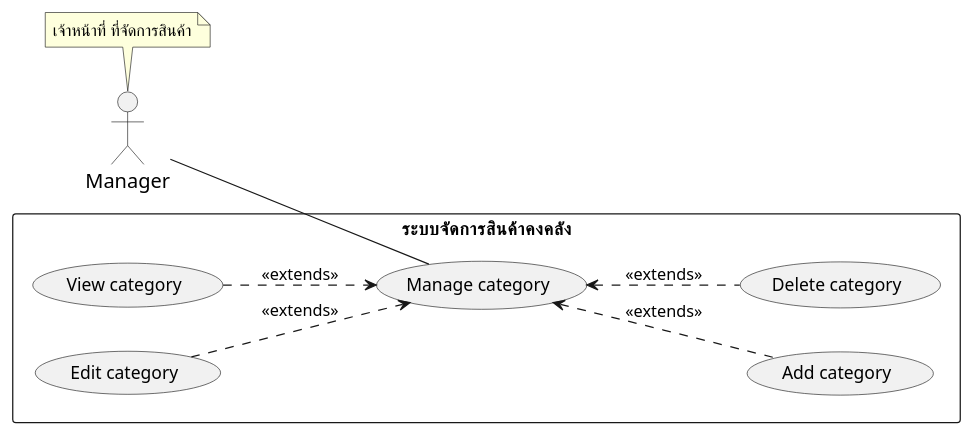
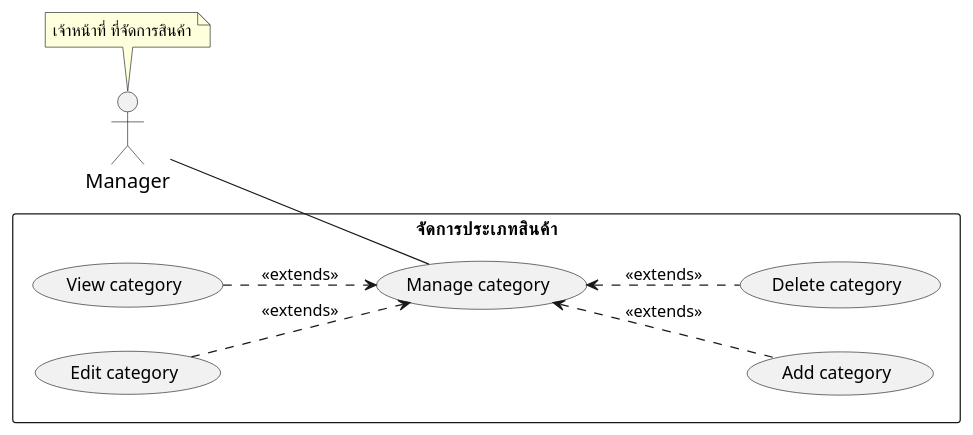
The diagram in system-analysis/usecase/_3_usecase-category.puml (billowdev/inventory-system-plantuml-sequelize-seeder-example), drawn with PlantUML before and after one commit. The commit also changed 2 other files, not shown here.

Commit message:
extract usecase category

```diff
--- a/system-analysis/usecase/_3_usecase-category.puml
+++ b/system-analysis/usecase/_3_usecase-category.puml
@@ -1,53 +1,51 @@
 @startuml
 'https://plantuml.com/usecase-diagram
 left to right direction
 skinparam sequence {
     ParticipantFontName Thai
     ParticipantFontSize 16
     ActorFontSize 16
     ActorFontName Thai
 }
 'skinparam linetype polyline
 'skinparam linetype ortho
 
 skinparam Participant{
     FontColor #efefef
     BorderColor #c0c0c0
 }
 skinparam Sequence{
     ParticipantBorderThickness .5
     LifeLineBorderColor #8a8a8a
 }
 
-' =================== Manager ===================
-' role - เจ้าหน้าที่ ที่จัดการสินค้า ให้คงคลังสินค้าอยู่เสมอ
-' duty - บริหารจัดการ stock สินค้า ทั้งการจำหน่ายออก และการรับสินค้ารวมถึงการ
-' ออกใบสั่งของ การเช็คสินค้าและการทำรายงานต่างๆ
+
 actor Manager as actorManager
 note top of actorManager : เจ้าหน้าที่ ที่จัดการสินค้า
 
 
-' =================== Stock System ===================
-rectangle "ระบบจัดการสินค้าคงคลัง" as stockSystem {
+rectangle "จัดการประเภทสินค้า" as manageCategory {
 
     ' ================ Category ================
     usecase (Manage category) as (usecaseCategory)
     usecase (View category) as (usecaseViewCategory)
     usecase (Add category) as (usecaseAddCategory)
     usecase (Edit category) as (usecaseUpdateCategory)
     usecase (Delete category) as (usecaseDeleteCategory)
 
 
     ' ================ Category ================
     actorManager -- (usecaseCategory)
     (usecaseCategory) <.. (usecaseAddCategory)  : <<extends>>
     (usecaseUpdateCategory) ..> (usecaseCategory) : <<extends>>
     (usecaseCategory) <.. (usecaseDeleteCategory)  : <<extends>>
     (usecaseViewCategory)  ..> (usecaseCategory) : <<extends>>
 
 
 
 
+
+
 }
 
 @enduml
```
